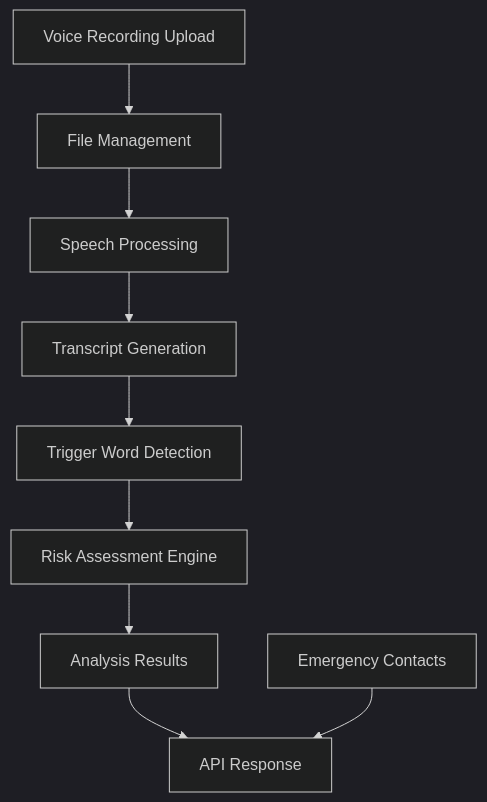
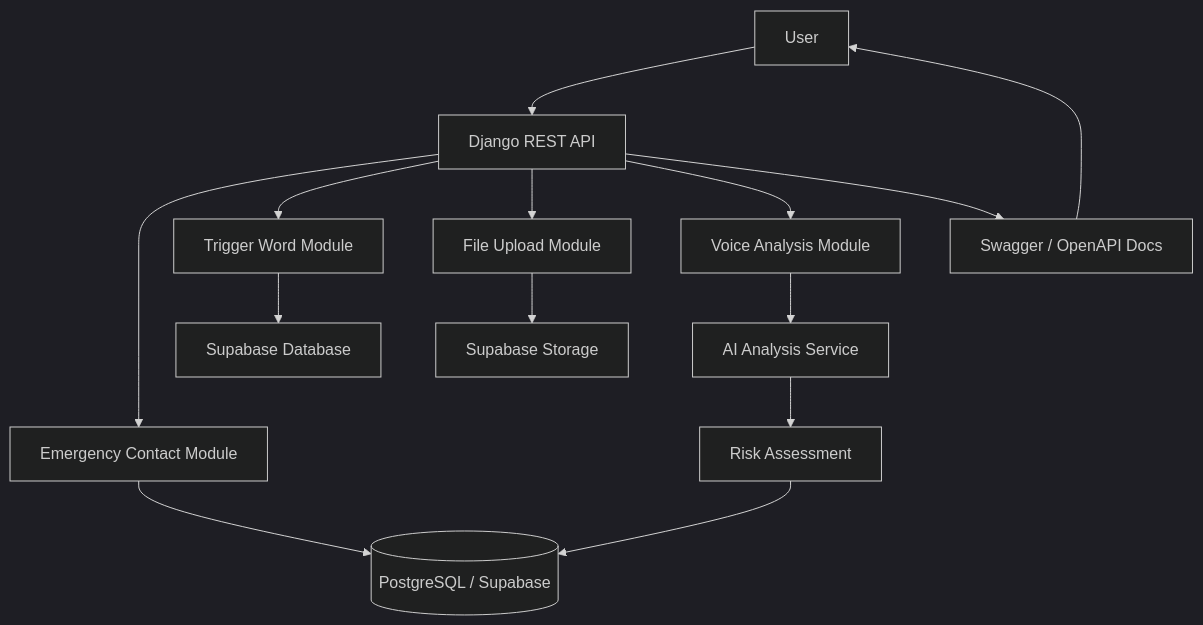
Before and after one commit to seira-droid/voice-distress-system: the diagram in README.md, drawn with Mermaid (dark theme). The commit also changed other lines of this file and 16 other files, not shown here.

````diff
--- a/README.md
+++ b/README.md
@@ -250,21 +273,28 @@
 ```mermaid
 flowchart TD
 
-A[Voice Recording Upload]
---> B[File Management]
+    User[User]
 
-B --> C[Speech Processing]
+    User --> API[Django REST API]
 
-C --> D[Transcript Generation]
+    API --> EC[Emergency Contact Module]
+    API --> TW[Trigger Word Module]
+    API --> FU[File Upload Module]
+    API --> VA[Voice Analysis Module]
 
-D --> E[Trigger Word Detection]
+    EC --> DB[(PostgreSQL / Supabase)]
 
-E --> F[Risk Assessment Engine]
+    TW --> SUPA[Supabase Database]
 
-F --> G[Analysis Results]
+    FU --> STORAGE[Supabase Storage]
 
-G --> H[API Response]
+    VA --> AI[AI Analysis Service]
 
-I[Emergency Contacts]
---> H
+    AI --> RA[Risk Assessment]
+
+    RA --> DB
+
+    API --> SWAGGER[Swagger / OpenAPI Docs]
+
+    SWAGGER --> User
 ```
````
